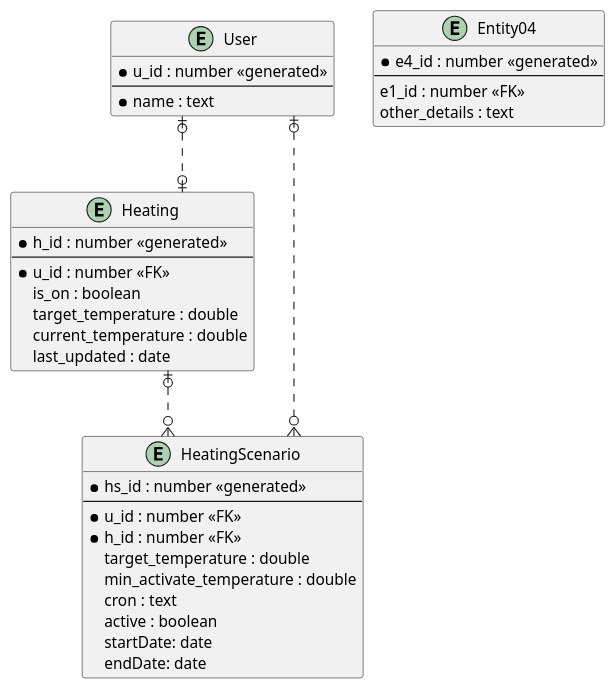
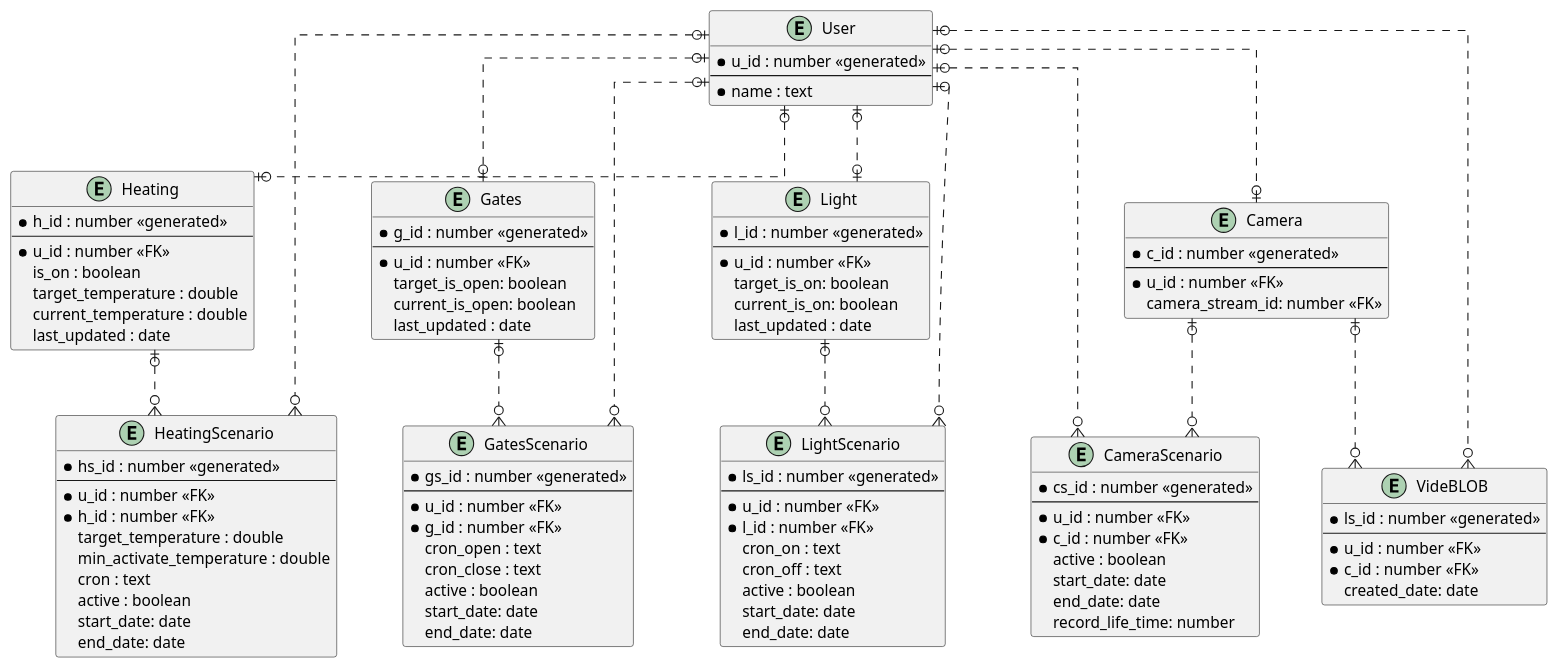
Before and after one commit to fireflysmk/architecture-sprint-3: the diagram in diagrams/task3/task3_er.puml, drawn with PlantUML.

```diff
--- a/diagrams/task3/task3_er.puml
+++ b/diagrams/task3/task3_er.puml
@@ -1,48 +1,124 @@
 @startuml
 ' hide the spot
 ' hide circle
 
 ' avoid problems with angled crows feet
 skinparam linetype ortho
 
 entity "User" as u {
   *u_id : number <<generated>>
   --
   *name : text
 }
 
 entity "Heating" as h {
   *h_id : number <<generated>>
   --
   *u_id : number <<FK>>
   is_on : boolean
   target_temperature : double
   current_temperature : double
   last_updated : date
 }
 
 entity "HeatingScenario" as hs {
   *hs_id : number <<generated>>
   --
   *u_id : number <<FK>>
   *h_id : number <<FK>>
   target_temperature : double
   min_activate_temperature : double
   cron : text
   active : boolean
-  startDate: date
-  endDate: date
+  start_date: date
+  end_date: date
 }
 
-entity "Entity04" as e04 {
-  *e4_id : number <<generated>>
+entity "Gates" as g {
+  *g_id : number <<generated>>
   --
-  e1_id : number <<FK>>
-  other_details : text
+  *u_id : number <<FK>>
+  target_is_open: boolean
+  current_is_open: boolean
+  last_updated : date
 }
+
+entity "GatesScenario" as gs {
+  *gs_id : number <<generated>>
+  --
+  *u_id : number <<FK>>
+  *g_id : number <<FK>>
+  cron_open : text
+  cron_close : text
+  active : boolean
+  start_date: date
+  end_date: date
+}
+
+entity "Light" as l {
+  *l_id : number <<generated>>
+  --
+  *u_id : number <<FK>>
+  target_is_on: boolean
+  current_is_on: boolean
+  last_updated : date
+}
+
+entity "LightScenario" as ls {
+  *ls_id : number <<generated>>
+  --
+  *u_id : number <<FK>>
+  *l_id : number <<FK>>
+  cron_on : text
+  cron_off : text
+  active : boolean
+  start_date: date
+  end_date: date
+}
+
+entity "Camera" as c {
+  *c_id : number <<generated>>
+  --
+  *u_id : number <<FK>>
+  camera_stream_id: number <<FK>>
+}
+
+entity "CameraScenario" as cs {
+  *cs_id : number <<generated>>
+  --
+  *u_id : number <<FK>>
+  *c_id : number <<FK>>
+  active : boolean
+  start_date: date
+  end_date: date
+  record_life_time: number
+}
+
+entity "VideBLOB" as cb {
+  *ls_id : number <<generated>>
+  --
+  *u_id : number <<FK>>
+  *c_id : number <<FK>>
+  created_date: date
+}
+
 
 u |o..o| h
 u |o..o{ hs
 h |o..o{ hs
 
+
+u |o..o| g
+u |o..o{ gs
+g |o..o{ gs
+
+u |o..o| l
+u |o..o{ ls
+l |o..o{ ls
+
+u |o..o| c
+u |o..o{ cs
+u |o..o{ cb
+c |o..o{ cs
+c |o..o{ cb
 @enduml
```
